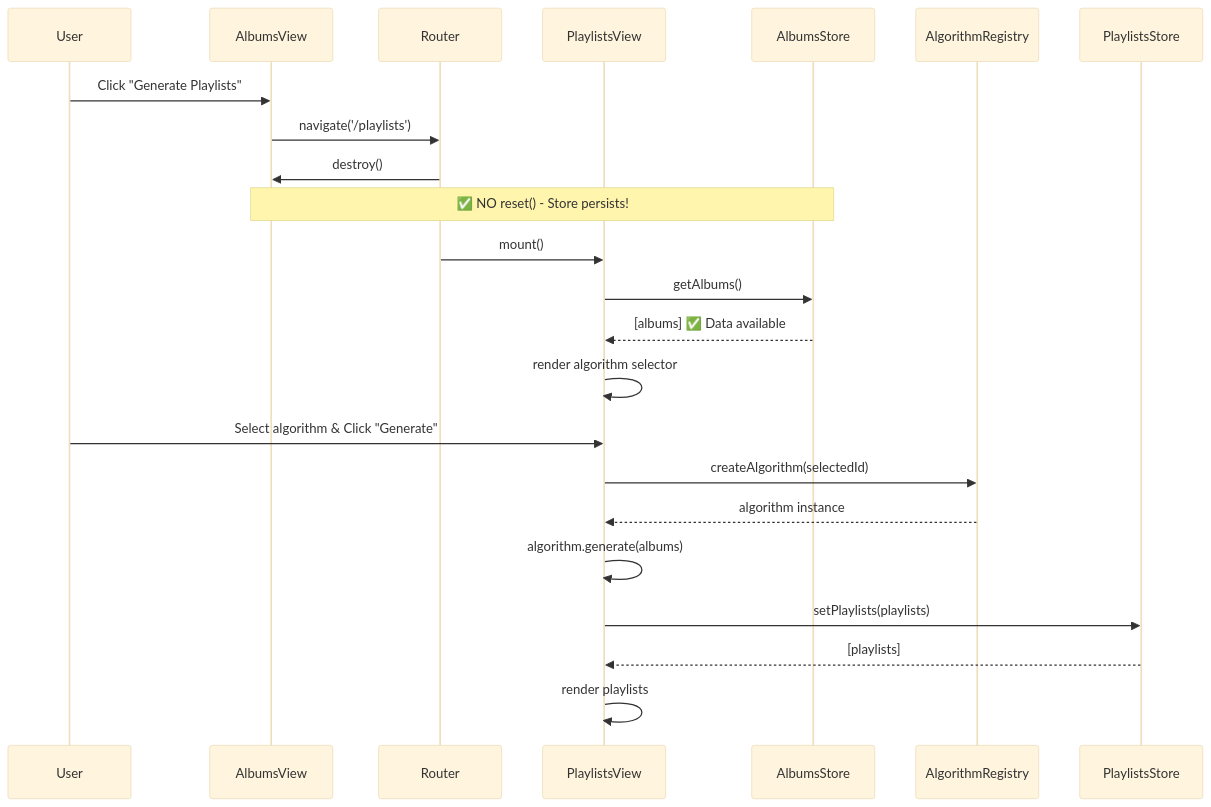
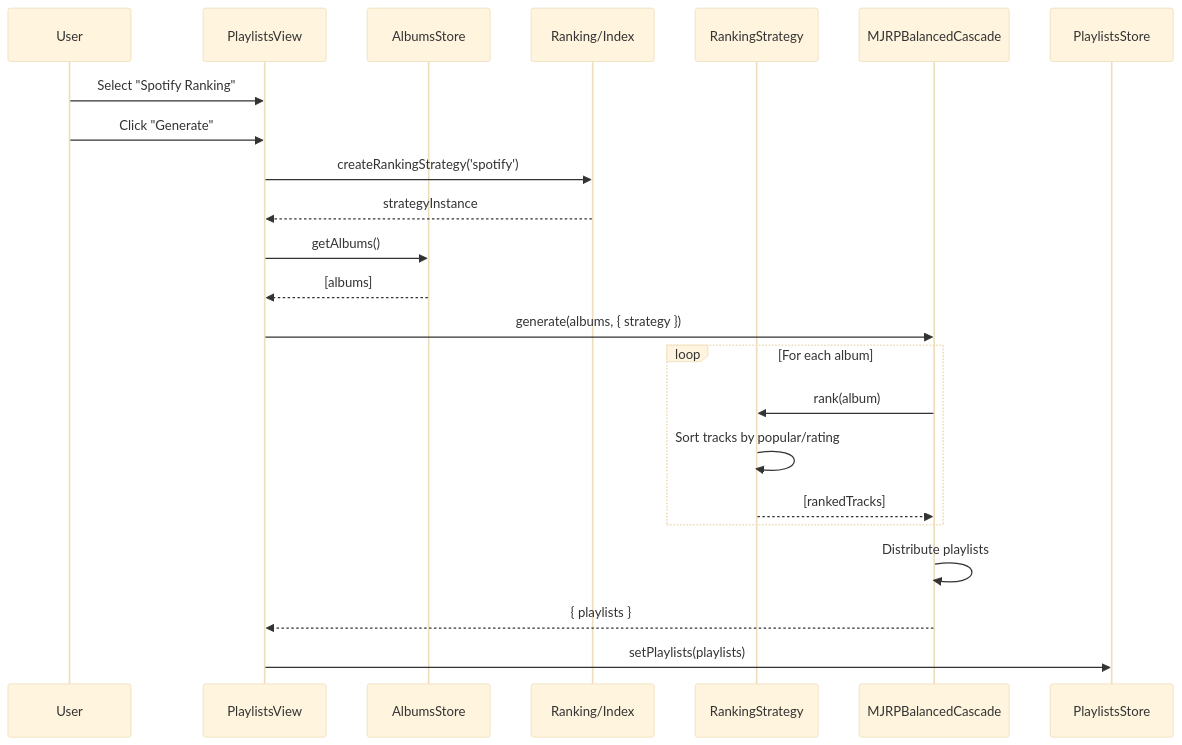
One commit to maujrp99/MJRP_AlbumsBalancedPlaylists_v0 changed the third of 19 diagrams in docs/technical/data_flow_architecture.md. Above: the diagram before and after it, drawn with Mermaid (base theme). The commit also changed other lines of this file and 2 other files, not shown here.

Commit message:
docs: Update Post-Implementation docs (Architecture, Debug Log, Spec)

````diff
--- a/docs/technical/data_flow_architecture.md
+++ b/docs/technical/data_flow_architecture.md
@@ -205,30 +207,32 @@
 ```mermaid
 sequenceDiagram
     participant User
-    participant AlbumsView
-    participant Router
-    participant PlaylistsView
-    participant AlbumsStore
-    participant AlgorithmRegistry
-    participant PlaylistsStore
+    participant View as PlaylistsView
+    participant Store as AlbumsStore
+    participant RankingFactory as Ranking/Index
+    participant Strategy as RankingStrategy
+    participant Algorithm as MJRPBalancedCascade
+    participant PStore as PlaylistsStore
     
-    User->>AlbumsView: Click "Generate Playlists"
-    AlbumsView->>Router: navigate('/playlists')
-    Router->>AlbumsView: destroy()
+    User->>View: Select "Spotify Ranking"
+    User->>View: Click "Generate"
     
-    Note over AlbumsView,AlbumsStore: ✅ NO reset() - Store persists!
+    View->>RankingFactory: createRankingStrategy('spotify')
+    RankingFactory-->>View: strategyInstance
     
-    Router->>PlaylistsView: mount()
-    PlaylistsView->>AlbumsStore: getAlbums()
-    AlbumsStore-->>PlaylistsView: [albums] ✅ Data available
+    View->>Store: getAlbums()
+    Store-->>View: [albums]
     
-    PlaylistsView->>PlaylistsView: render algorithm selector
+    View->>Algorithm: generate(albums, { strategy })
     
-    User->>PlaylistsView: Select algorithm & Click "Generate"
-    PlaylistsView->>AlgorithmRegistry: createAlgorithm(selectedId)
-    AlgorithmRegistry-->>PlaylistsView: algorithm instance
-    PlaylistsView->>PlaylistsView: algorithm.generate(albums)
-    PlaylistsView->>PlaylistsStore: setPlaylists(playlists)
-    PlaylistsStore-->>PlaylistsView: [playlists]
-    PlaylistsView->>PlaylistsView: render playlists
+    loop For each album
+        Algorithm->>Strategy: rank(album)
+        Strategy->>Strategy: Sort tracks by popular/rating
+        Strategy-->>Algorithm: [rankedTracks]
+    end
+    
+    Algorithm->>Algorithm: Distribute playlists
+    Algorithm-->>View: { playlists }
+    
+    View->>PStore: setPlaylists(playlists)
 ```
````
